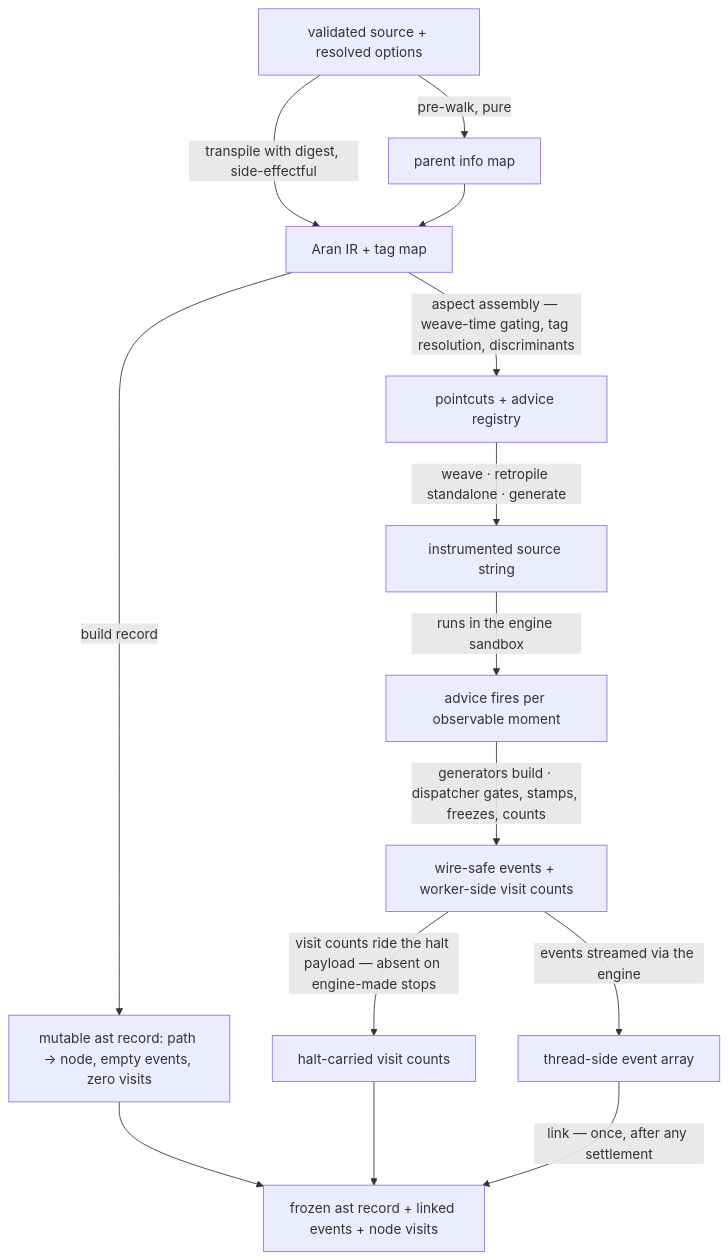
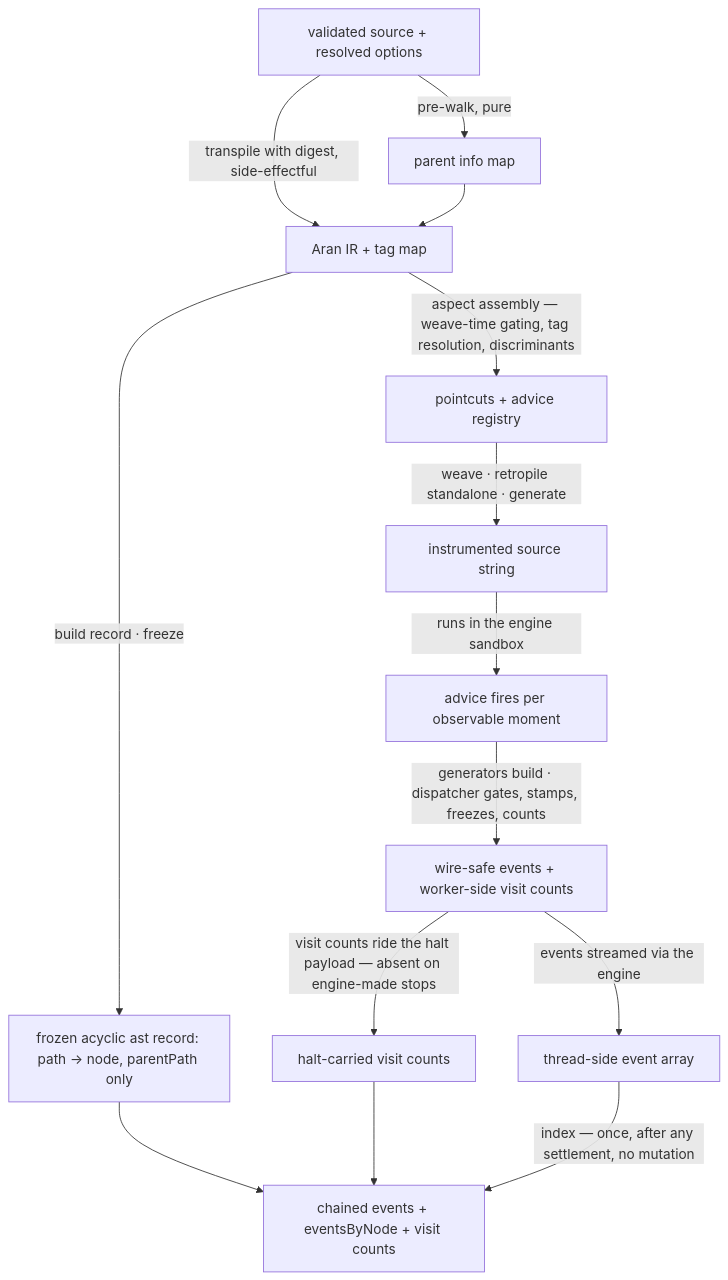
Before and after one commit to codeschoolinabox/curricula: the diagram in src/lib/study-lenses/embody/lib/evaluating/trace/semantics/tracing/DOCS.md, drawn with Mermaid. The commit also changed other lines of this file and 7 other files, not shown here.

````diff
--- a/src/lib/study-lenses/embody/lib/evaluating/trace/semantics/tracing/DOCS.md
+++ b/src/lib/study-lenses/embody/lib/evaluating/trace/semantics/tracing/DOCS.md
@@ -59,16 +64,16 @@
 ```mermaid
 flowchart TD
     A[validated source + resolved options] -->|pre-walk, pure| B[parent info map]
     A -->|transpile with digest, side-effectful| C[Aran IR + tag map]
     B --> C
-    C -->|build record| D[mutable ast record: path → node, empty events, zero visits]
+    C -->|build record · freeze| D[frozen acyclic ast record: path → node, parentPath only]
     C -->|aspect assembly — weave-time gating, tag resolution, discriminants| E[pointcuts + advice registry]
     E -->|weave · retropile standalone · generate| F[instrumented source string]
     F -->|runs in the engine sandbox| G[advice fires per observable moment]
     G -->|generators build · dispatcher gates, stamps, freezes, counts| H[wire-safe events + worker-side visit counts]
     H -->|events streamed via the engine| I[thread-side event array]
     H -->|visit counts ride the halt payload — absent on engine-made stops| K[halt-carried visit counts]
     D --> J
     K --> J
-    I -->|link — once, after any settlement| J[frozen ast record + linked events + node visits]
+    I -->|index — once, after any settlement, no mutation| J[chained events + eventsByNode + visit counts]
 ```
````
